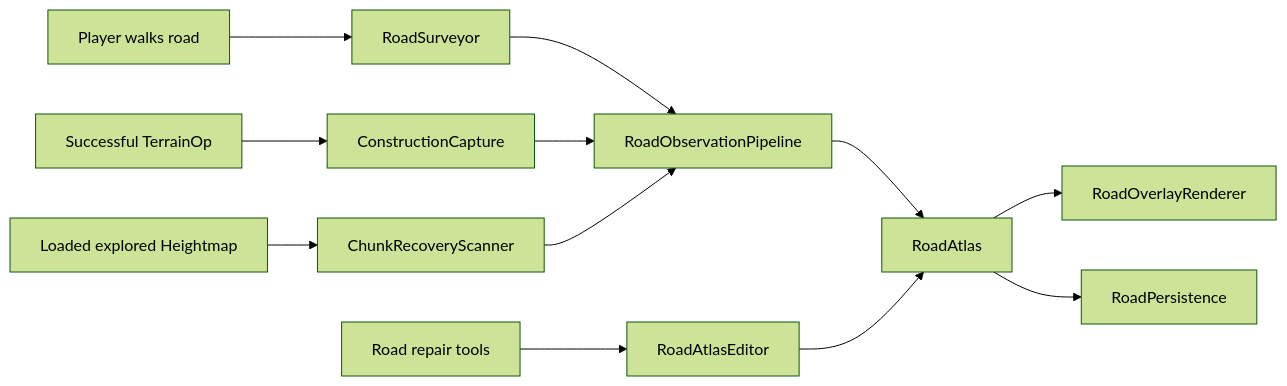
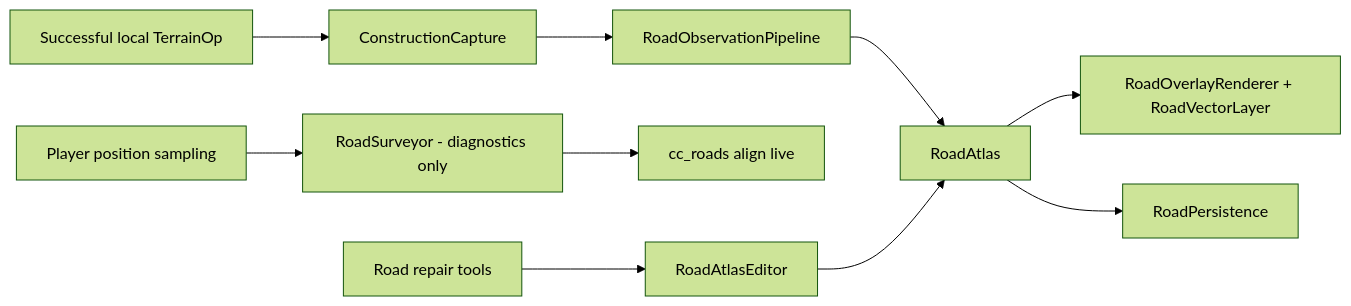
Before and after one commit to Weakened/ConcernedCatMods: the second of 5 diagrams in docs/mods/concerned-cartographer/CODEBASE_GUIDE.md, drawn with Mermaid (forest theme). The commit also changed other lines of this file and 6 other files, not shown here.

````diff
--- a/docs/mods/concerned-cartographer/CODEBASE_GUIDE.md
+++ b/docs/mods/concerned-cartographer/CODEBASE_GUIDE.md
@@ -46,14 +46,12 @@
 ```mermaid
 flowchart LR
-    A1[Player walks road] --> B[RoadSurveyor]
-    A2[Successful TerrainOp] --> C[ConstructionCapture]
-    A3[Loaded explored Heightmap] --> D[ChunkRecoveryScanner]
-    B --> E[RoadObservationPipeline]
-    C --> E
-    D --> E
+    A2[Successful local TerrainOp] --> C[ConstructionCapture]
+    C --> E[RoadObservationPipeline]
+    A1[Player position sampling] --> B[RoadSurveyor - diagnostics only]
+    B --> K[cc_roads align live]
     E --> F[RoadAtlas]
-    F --> G[RoadOverlayRenderer]
+    F --> G[RoadOverlayRenderer + RoadVectorLayer]
     F --> H[RoadPersistence]
     I[Road repair tools] --> J[RoadAtlasEditor]
     J --> F
 ```
````
